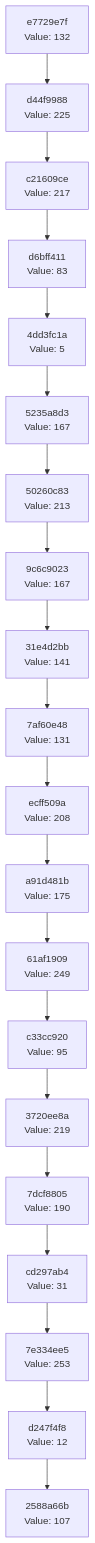
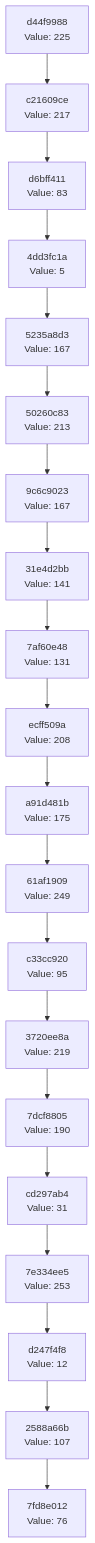
One commit to Abhisheksinha1506/hash-chain-evolver changed the diagram in docs/CHAIN_VISUALIZATION.md. Above: the diagram before and after it, drawn with Mermaid. The commit also changed 3 other files, not shown here.

````diff
--- a/docs/CHAIN_VISUALIZATION.md
+++ b/docs/CHAIN_VISUALIZATION.md
@@ -3,42 +3,42 @@
 ```mermaid
 graph TD
-    C0["2588a66b<br/>Value: 107"]
-    C1["d247f4f8<br/>Value: 12"]
+    C0["7fd8e012<br/>Value: 76"]
+    C1["2588a66b<br/>Value: 107"]
     C1 --> C0
-    C2["7e334ee5<br/>Value: 253"]
+    C2["d247f4f8<br/>Value: 12"]
     C2 --> C1
-    C3["cd297ab4<br/>Value: 31"]
+    C3["7e334ee5<br/>Value: 253"]
     C3 --> C2
-    C4["7dcf8805<br/>Value: 190"]
+    C4["cd297ab4<br/>Value: 31"]
     C4 --> C3
-    C5["3720ee8a<br/>Value: 219"]
+    C5["7dcf8805<br/>Value: 190"]
     C5 --> C4
-    C6["c33cc920<br/>Value: 95"]
+    C6["3720ee8a<br/>Value: 219"]
     C6 --> C5
-    C7["61af1909<br/>Value: 249"]
+    C7["c33cc920<br/>Value: 95"]
     C7 --> C6
-    C8["a91d481b<br/>Value: 175"]
+    C8["61af1909<br/>Value: 249"]
     C8 --> C7
-    C9["ecff509a<br/>Value: 208"]
+    C9["a91d481b<br/>Value: 175"]
     C9 --> C8
-    C10["7af60e48<br/>Value: 131"]
+    C10["ecff509a<br/>Value: 208"]
     C10 --> C9
-    C11["31e4d2bb<br/>Value: 141"]
+    C11["7af60e48<br/>Value: 131"]
     C11 --> C10
-    C12["9c6c9023<br/>Value: 167"]
+    C12["31e4d2bb<br/>Value: 141"]
     C12 --> C11
-    C13["50260c83<br/>Value: 213"]
+    C13["9c6c9023<br/>Value: 167"]
     C13 --> C12
-    C14["5235a8d3<br/>Value: 167"]
+    C14["50260c83<br/>Value: 213"]
     C14 --> C13
-    C15["4dd3fc1a<br/>Value: 5"]
+    C15["5235a8d3<br/>Value: 167"]
     C15 --> C14
-    C16["d6bff411<br/>Value: 83"]
+    C16["4dd3fc1a<br/>Value: 5"]
     C16 --> C15
-    C17["c21609ce<br/>Value: 217"]
+    C17["d6bff411<br/>Value: 83"]
     C17 --> C16
-    C18["d44f9988<br/>Value: 225"]
+    C18["c21609ce<br/>Value: 217"]
     C18 --> C17
-    C19["e7729e7f<br/>Value: 132"]
+    C19["d44f9988<br/>Value: 225"]
     C19 --> C18
 ```
````
